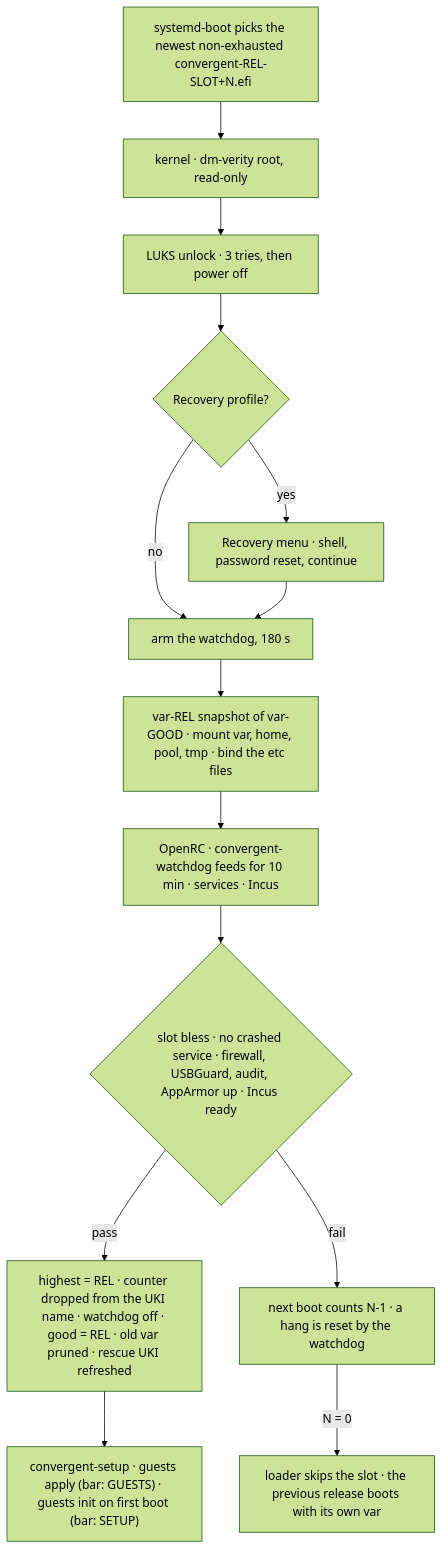
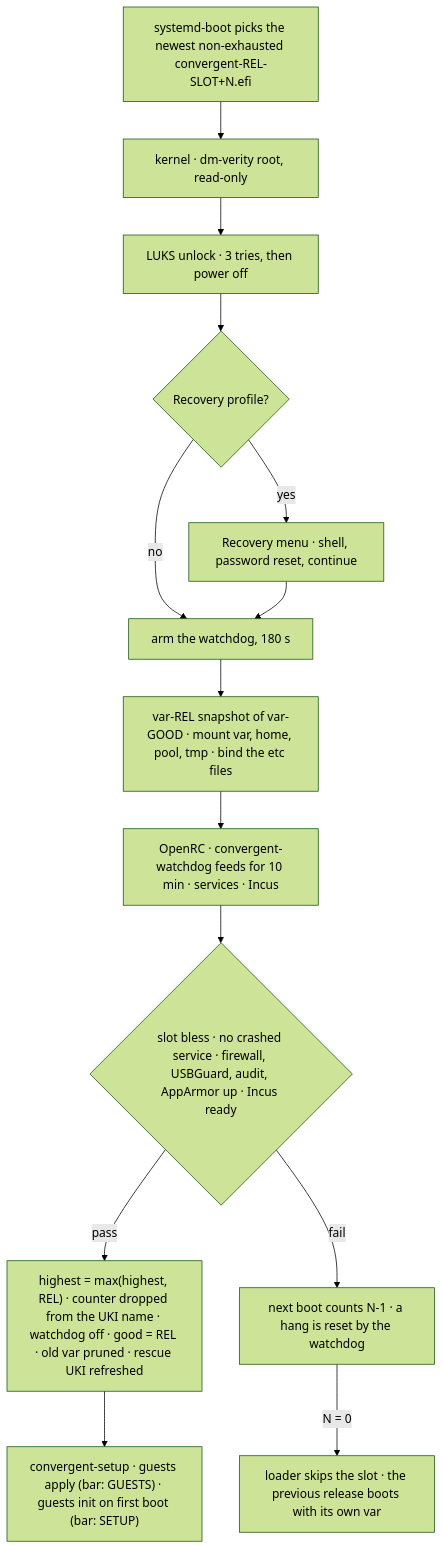
One commit to svkadmin/convergent changed the third of 7 diagrams in ARCHITECTURE.md. Above: the diagram before and after it, drawn with Mermaid (forest theme). The commit also changed other lines of this file and 6 other files, not shown here.

````diff
--- a/ARCHITECTURE.md
+++ b/ARCHITECTURE.md
@@ -369,16 +372,16 @@
 ```mermaid
 flowchart TD
   L["systemd-boot picks the newest non-exhausted convergent-REL-SLOT+N.efi"] --> K["kernel · dm-verity root, read-only"]
   K --> U["LUKS unlock · 3 tries, then power off"]
   U --> R{"Recovery profile?"}
   R -- yes --> M["Recovery menu · shell, password reset, continue"]
   R -- no --> W["arm the watchdog, 180 s"]
   M --> W
   W --> S["var-REL snapshot of var-GOOD · mount var, home, pool, tmp · bind the etc files"]
   S --> O["OpenRC · convergent-watchdog feeds for 10 min · services · Incus"]
   O --> B{"slot bless · no crashed service · firewall, USBGuard, audit, AppArmor up · Incus ready"}
-  B -- pass --> G["highest = REL · counter dropped from the UKI name · watchdog off · good = REL · old var pruned · rescue UKI refreshed"]
+  B -- pass --> G["highest = max(highest, REL) · counter dropped from the UKI name · watchdog off · good = REL · old var pruned · rescue UKI refreshed"]
   G --> A["convergent-setup · guests apply (bar: GUESTS) · guests init on first boot (bar: SETUP)"]
   B -- fail --> F["next boot counts N-1 · a hang is reset by the watchdog"]
   F -- "N = 0" --> P["loader skips the slot · the previous release boots with its own var"]
 ```
````
